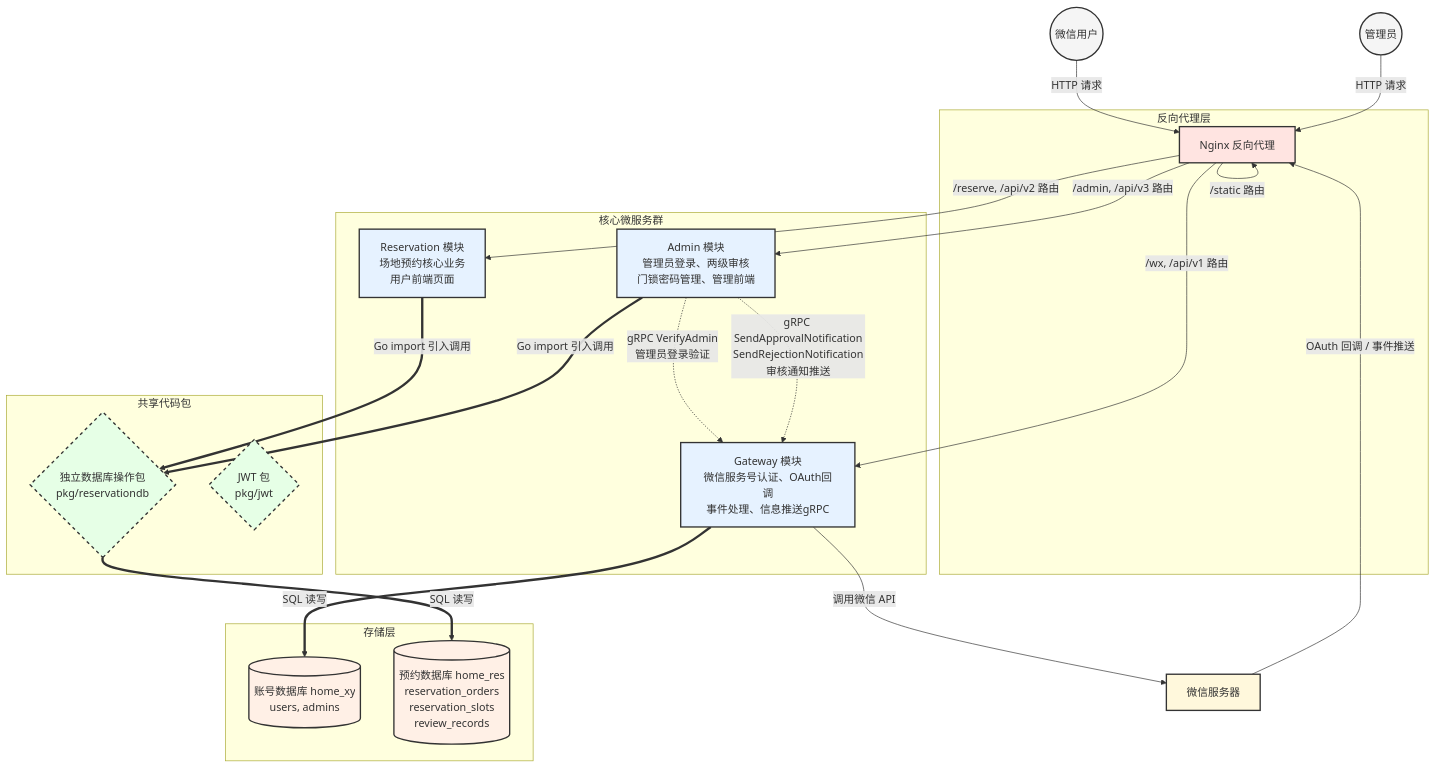
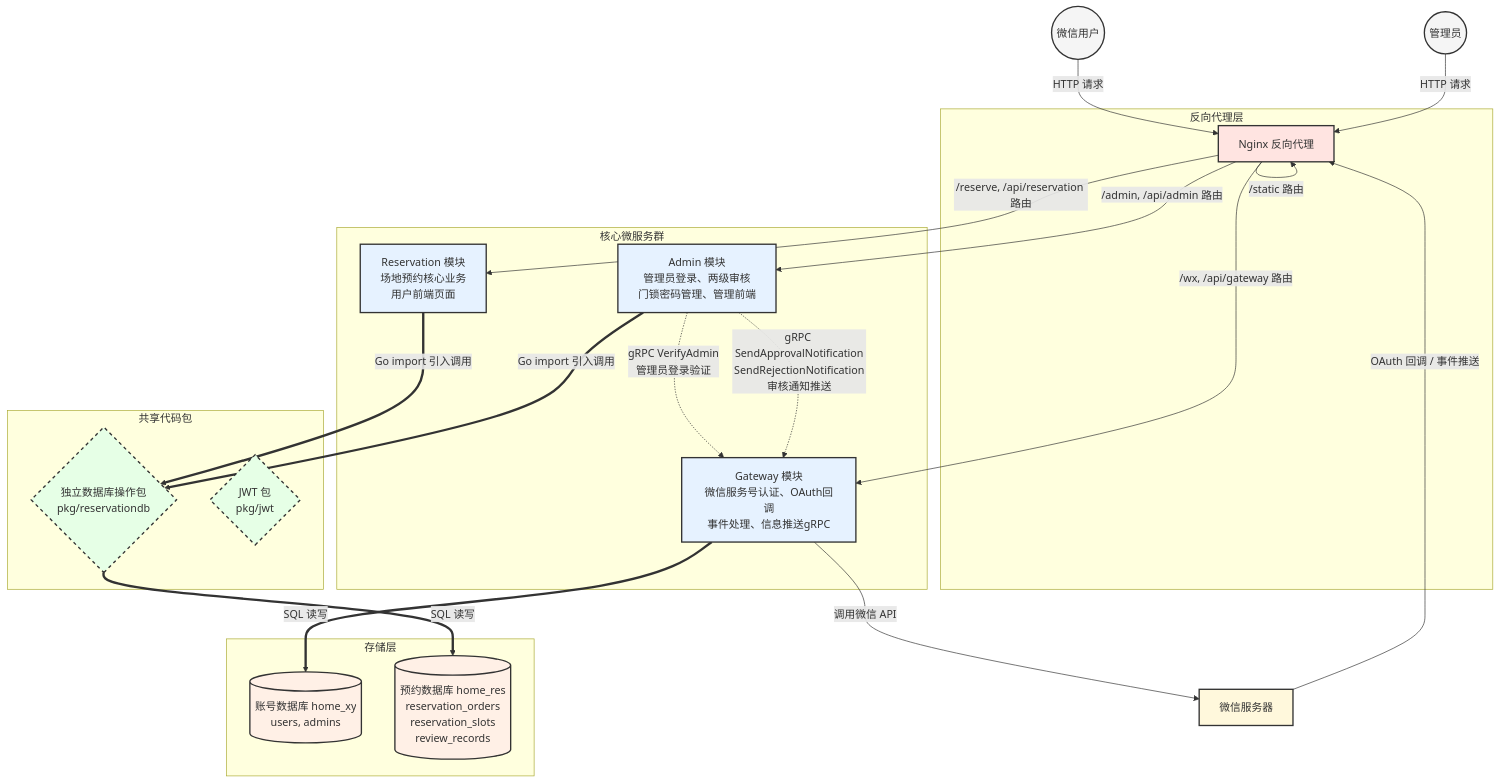
The diagram in doc/需求/architecture.md (bbbgjdhjggvb/reservation-sys-go), drawn with Mermaid before and after one commit. The commit also changed other lines of this file and 12 other files, not shown here.

Commit message:
将v1, v2, v3 改为 gateway，reservation，admin

````diff
--- a/doc/需求/architecture.md
+++ b/doc/需求/architecture.md
@@ -62,64 +62,64 @@
 ```mermaid
 graph TD
     %% 样式定义
     classDef proxy fill:#FFE4E1,stroke:#333,stroke-width:2px,color:#333;
     classDef service fill:#E6F2FF,stroke:#333,stroke-width:2px,color:#333;
     classDef package fill:#E6FFE6,stroke:#333,stroke-width:2px,stroke-dasharray:5,color:#333;
     classDef db fill:#FFF0E6,stroke:#333,stroke-width:2px,color:#333;
     classDef userNode fill:#F5F5F5,stroke:#333,stroke-width:2px,color:#333;
     classDef external fill:#FFF8DC,stroke:#333,stroke-width:2px,color:#333;
 
     %% 外部用户
     User((微信用户)):::userNode
     Manager((管理员)):::userNode
     WeChat[微信服务器]:::external
 
     %% 反向代理层
     subgraph 反向代理层
         Nginx["Nginx 反向代理"]:::proxy
     end
 
     %% 核心服务模块
     subgraph 核心微服务群
         Gateway["Gateway 模块<br>微信服务号认证、OAuth回调<br>事件处理、信息推送gRPC"]:::service
         Reservation["Reservation 模块<br>场地预约核心业务<br>用户前端页面"]:::service
         Admin["Admin 模块<br>管理员登录、两级审核<br>门锁密码管理、管理前端"]:::service
     end
 
     %% 数据操作包
     subgraph 共享代码包
         DB_Package{"独立数据库操作包<br>pkg/reservationdb"}:::package
         JWT_Package{"JWT 包<br>pkg/jwt"}:::package
     end
 
     %% 数据库层
     subgraph 存储层
         DB_Account[(账号数据库 home_xy<br>users, admins)]:::db
         DB_Res[(预约数据库 home_res<br>reservation_orders<br>reservation_slots<br>review_records)]:::db
     end
 
     %% 外部请求接入路由
     User -->|HTTP 请求| Nginx
     Manager -->|HTTP 请求| Nginx
 
-    Nginx -->|/wx, /api/v1 路由| Gateway
-    Nginx -->|/reserve, /api/v2 路由| Reservation
-    Nginx -->|/admin, /api/v3 路由| Admin
+    Nginx -->|/wx, /api/gateway 路由| Gateway
+    Nginx -->|/reserve, /api/reservation 路由| Reservation
+    Nginx -->|/admin, /api/admin 路由| Admin
     Nginx -->|/static 路由| Nginx
 
     %% 微信服务器交互
     WeChat -->|OAuth 回调 / 事件推送| Nginx
     Gateway -->|调用微信 API| WeChat
 
     %% 服务间 gRPC 调用
     Admin -.->|gRPC VerifyAdmin<br>管理员登录验证| Gateway
     Admin -.->|gRPC SendApprovalNotification<br>SendRejectionNotification<br>审核通知推送| Gateway
 
     %% 依赖独立的数据操作包
     Reservation ==>|Go import 引入调用| DB_Package
     Admin ==>|Go import 引入调用| DB_Package
 
     %% 真实数据库交互
     Gateway ==>|SQL 读写| DB_Account
     DB_Package ==>|SQL 读写| DB_Res
 ```
````
